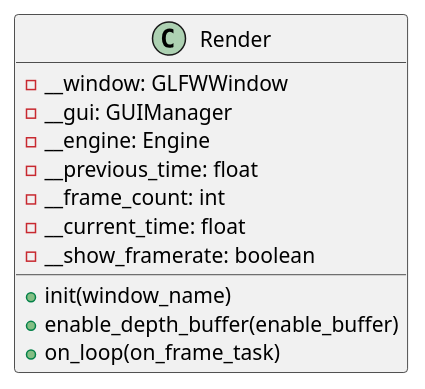
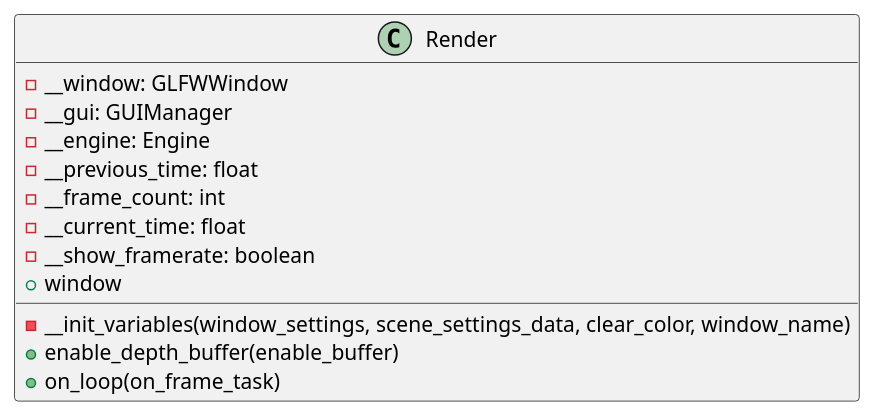
The diagram in docs/classes/Render.puml (ferpoble2/Relief_Creator), drawn with PlantUML before and after one commit. The commit also changed 3 other files, not shown here.

```diff
--- a/docs/classes/Render.puml
+++ b/docs/classes/Render.puml
@@ -1,15 +1,16 @@
 @startuml
 class Render {
     - __window: GLFWWindow
     - __gui: GUIManager
     - __engine: Engine
     - __previous_time: float
     - __frame_count: int
     - __current_time: float
     - __show_framerate: boolean
+    + window
 
-    + init(window_name)
+    - __init_variables(window_settings, scene_settings_data, clear_color, window_name)
     + enable_depth_buffer(enable_buffer)
     + on_loop(on_frame_task)
 }
 @enduml
```
